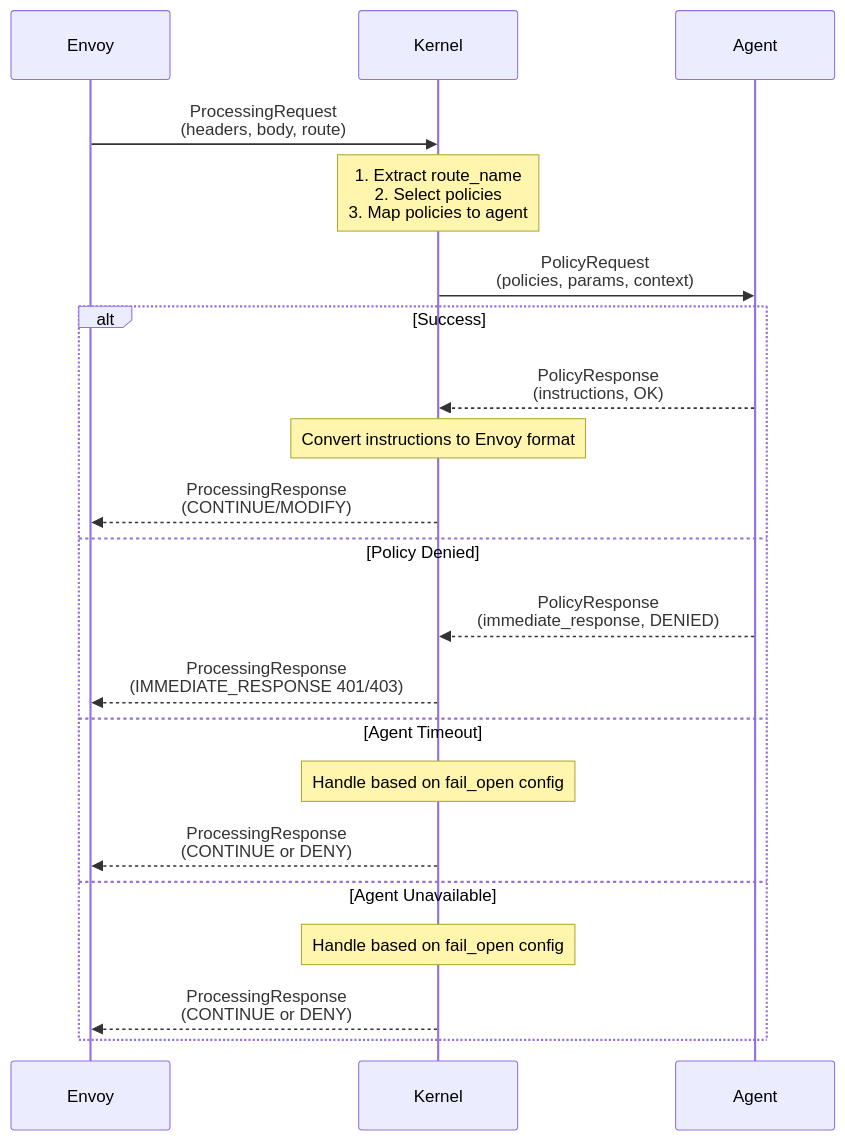
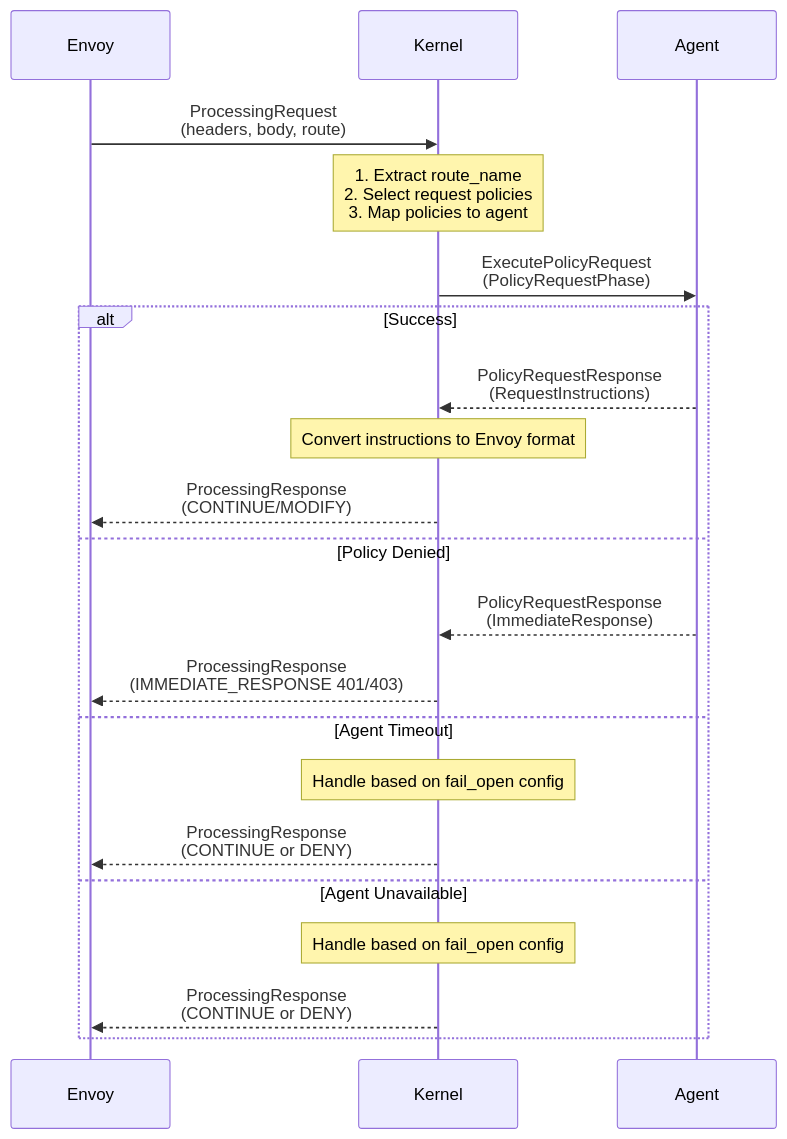
The fourth of 7 diagrams in policy-kernel/SPEC.md (renuka-fernando/envoy-policy-engine), drawn with Mermaid before and after one commit. The commit also changed other lines of this file and 3 other files, not shown here.

First line of the commit message:
Refactor Policy Agent and Kernel Communication Protocol

````diff
--- a/policy-kernel/SPEC.md
+++ b/policy-kernel/SPEC.md
@@ -835,27 +1280,27 @@
 ```mermaid
 sequenceDiagram
     participant Envoy
     participant Kernel
     participant Agent
 
     Envoy->>Kernel: ProcessingRequest<br/>(headers, body, route)
 
-    Note over Kernel: 1. Extract route_name<br/>2. Select policies<br/>3. Map policies to agent
+    Note over Kernel: 1. Extract route_name<br/>2. Select request policies<br/>3. Map policies to agent
 
-    Kernel->>Agent: PolicyRequest<br/>(policies, params, context)
+    Kernel->>Agent: ExecutePolicyRequest<br/>(PolicyRequestPhase)
 
     alt Success
-        Agent-->>Kernel: PolicyResponse<br/>(instructions, OK)
+        Agent-->>Kernel: PolicyRequestResponse<br/>(RequestInstructions)
         Note over Kernel: Convert instructions to Envoy format
         Kernel-->>Envoy: ProcessingResponse<br/>(CONTINUE/MODIFY)
     else Policy Denied
-        Agent-->>Kernel: PolicyResponse<br/>(immediate_response, DENIED)
+        Agent-->>Kernel: PolicyRequestResponse<br/>(ImmediateResponse)
         Kernel-->>Envoy: ProcessingResponse<br/>(IMMEDIATE_RESPONSE 401/403)
     else Agent Timeout
         Note over Kernel: Handle based on fail_open config
         Kernel-->>Envoy: ProcessingResponse<br/>(CONTINUE or DENY)
     else Agent Unavailable
         Note over Kernel: Handle based on fail_open config
         Kernel-->>Envoy: ProcessingResponse<br/>(CONTINUE or DENY)
     end
 ```
````
